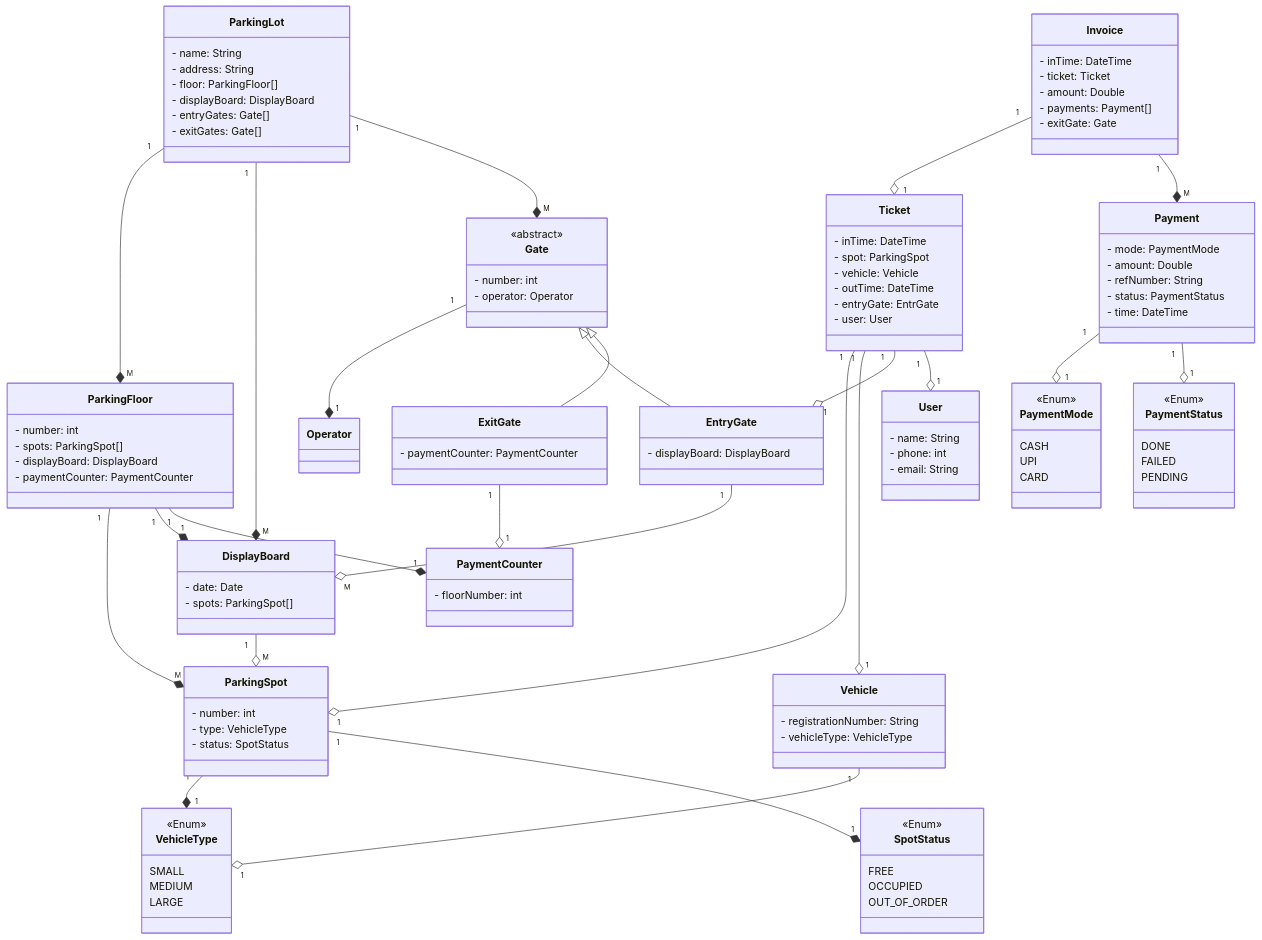
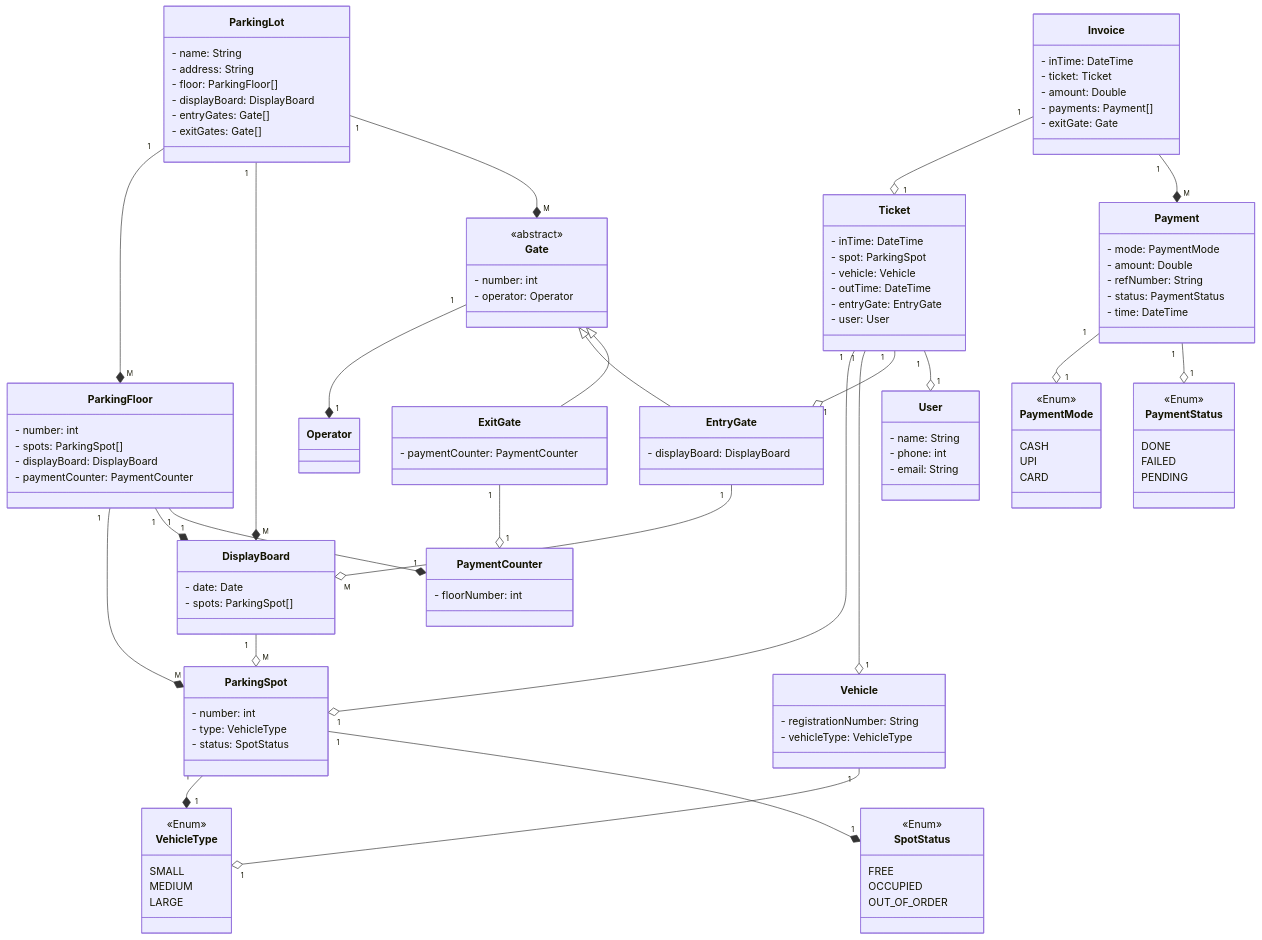
One commit to jindalabhinav/machine-learning changed the diagram in parking-lot/README.md. Above: the diagram before and after it, drawn with Mermaid. The commit also changed other lines of this file and 35 other files, not shown here.

```diff
--- a/parking-lot/README.md
+++ b/parking-lot/README.md
@@ -279,7 +279,7 @@
       - spot: ParkingSpot
       - vehicle: Vehicle
       - outTime: DateTime
-      - entryGate: EntrGate
+      - entryGate: EntryGate
       - user: User
    }
    Ticket "1" --o "1" ParkingSpot
```
